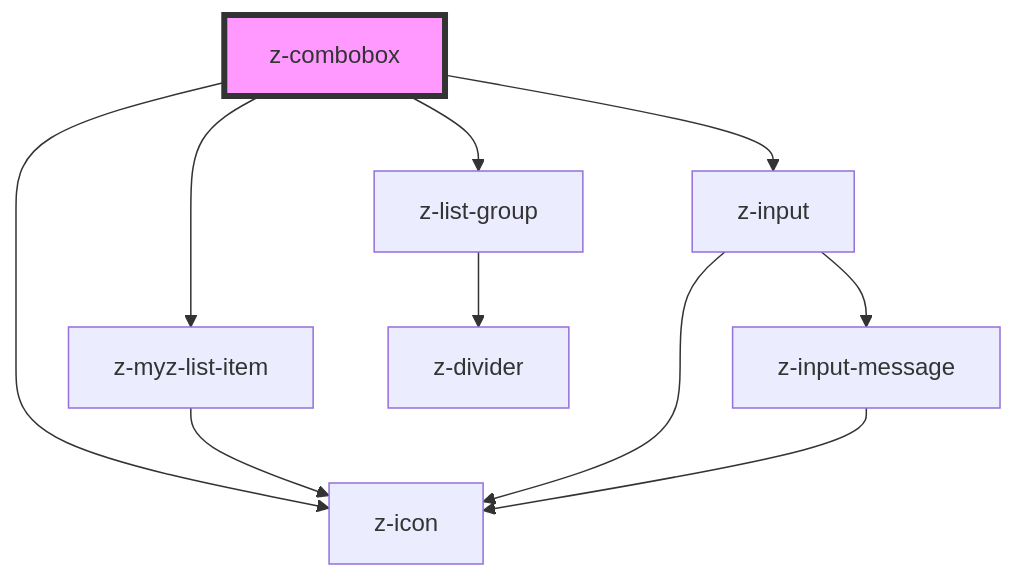
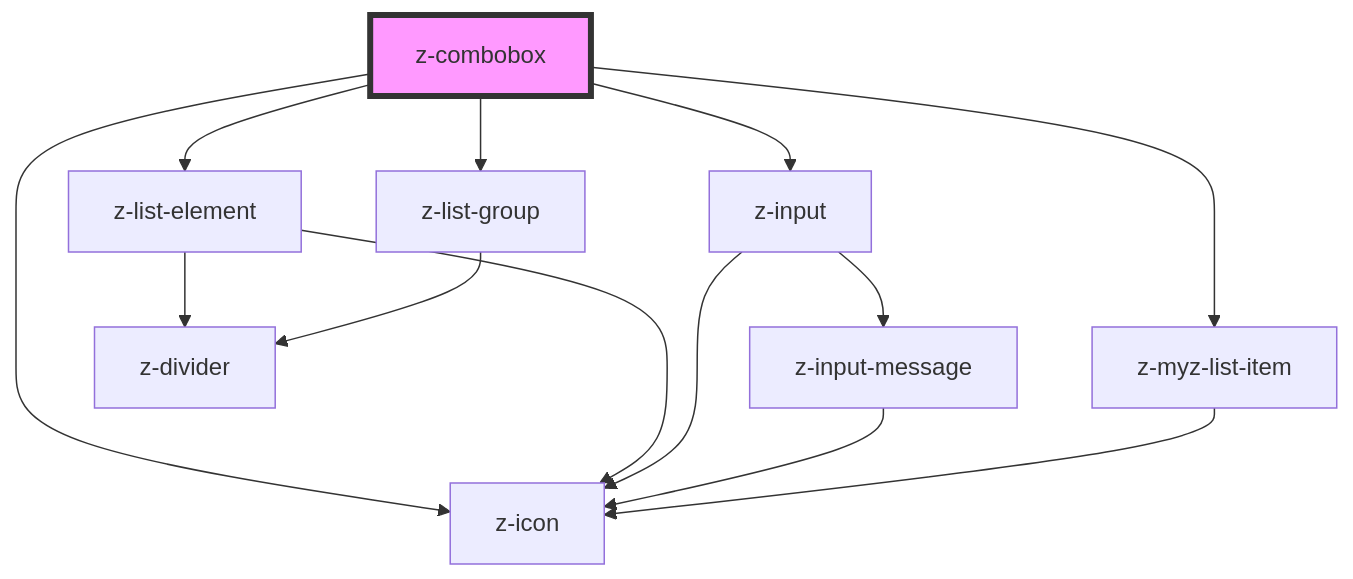
The diagram in src/components/inputs/z-combobox/readme.md (ZanichelliEditore/design-system), drawn with Mermaid before and after one commit. The commit also changed other lines of this file and 4 other files, not shown here.

````diff
--- a/src/components/inputs/z-combobox/readme.md
+++ b/src/components/inputs/z-combobox/readme.md
@@ -72,13 +73,16 @@
 ```mermaid
 graph TD;
   z-combobox --> z-icon
-  z-combobox --> z-myz-list-item
+  z-combobox --> z-list-element
   z-combobox --> z-input
   z-combobox --> z-list-group
-  z-myz-list-item --> z-icon
+  z-combobox --> z-myz-list-item
+  z-list-element --> z-icon
+  z-list-element --> z-divider
   z-input --> z-icon
   z-input --> z-input-message
   z-input-message --> z-icon
   z-list-group --> z-divider
+  z-myz-list-item --> z-icon
   style z-combobox fill:#f9f,stroke:#333,stroke-width:4px
 ```
````
